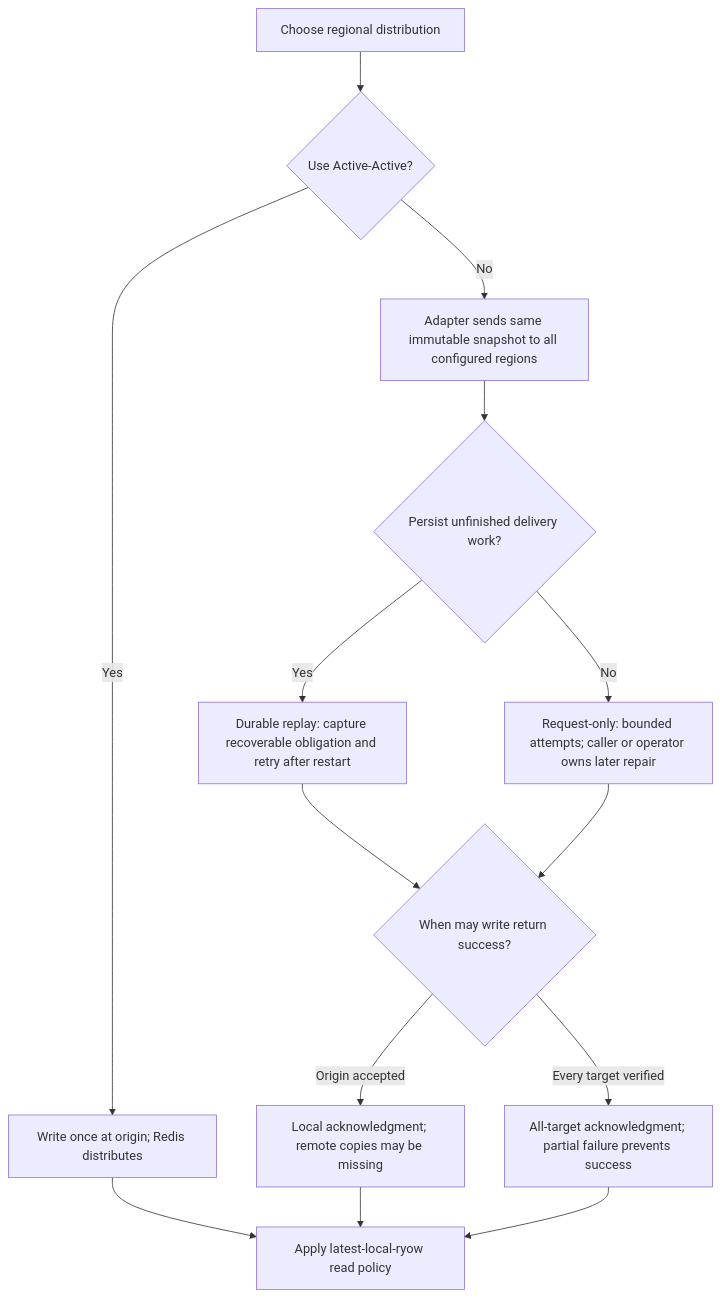
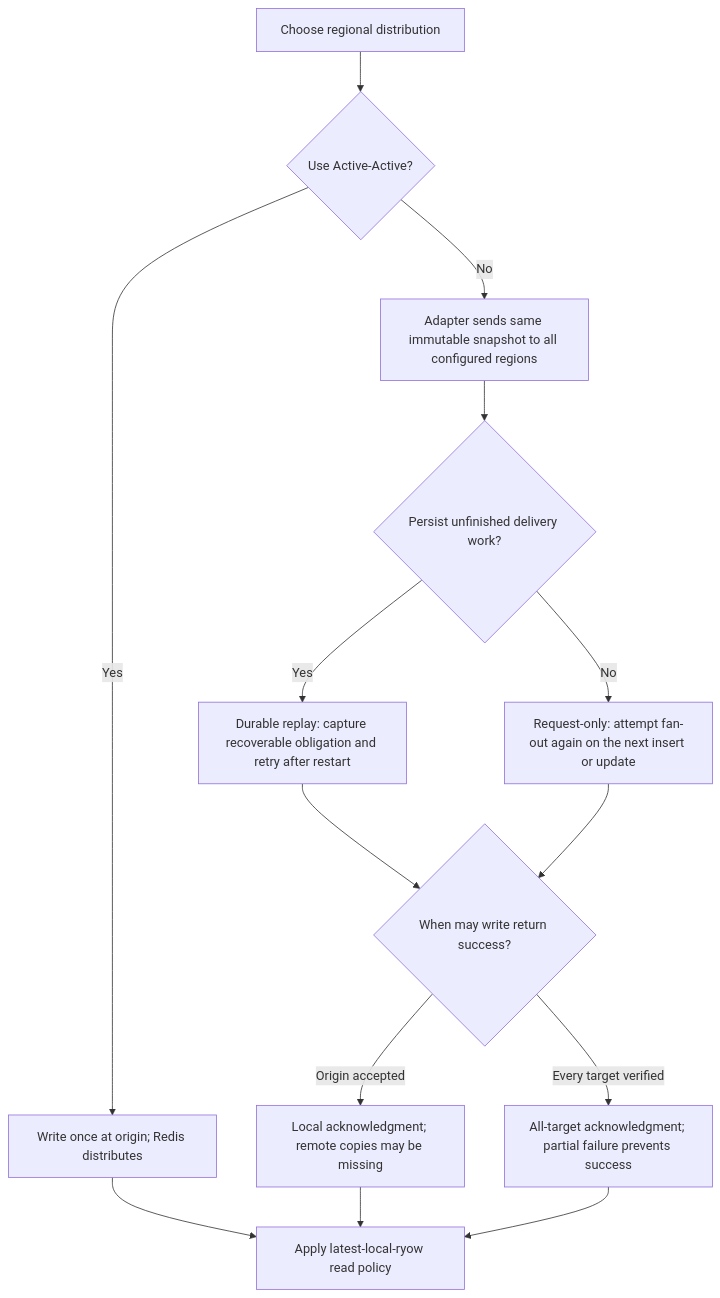
Before and after one commit to alberttwong/redis-multi-region-adapter: the first of 4 diagrams in decisions.md, drawn with Mermaid. The commit also changed other lines of this file and 11 other files, not shown here.

````diff
--- a/decisions.md
+++ b/decisions.md
@@ -7,16 +7,16 @@
 ```mermaid
 flowchart TD
     Start[Choose regional distribution] --> AA{Use Active-Active?}
     AA -->|Yes| Native[Write once at origin; Redis distributes]
     Native --> Reads[Apply latest-local-ryow read policy]
     AA -->|No| Fanout[Adapter sends same immutable snapshot to all configured regions]
     Fanout --> Recovery{Persist unfinished delivery work?}
     Recovery -->|Yes| Durable[Durable replay: capture recoverable obligation and retry after restart]
-    Recovery -->|No| Request[Request-only: bounded attempts; caller or operator owns later repair]
+    Recovery -->|No| Request[Request-only: attempt fan-out again on the next insert or update]
     Durable --> Ack{When may write return success?}
     Request --> Ack
     Ack -->|Origin accepted| Local[Local acknowledgment; remote copies may be missing]
     Ack -->|Every target verified| All[All-target acknowledgment; partial failure prevents success]
     Local --> Reads
     All --> Reads
 ```
````
